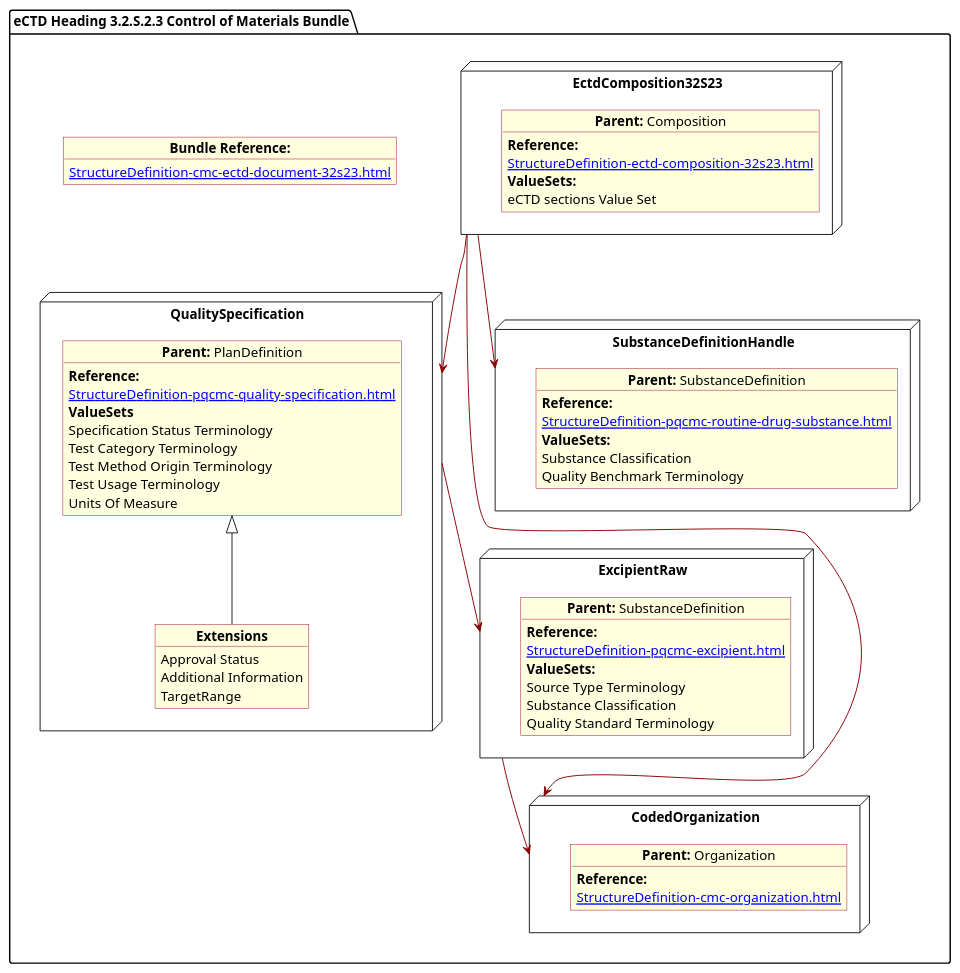
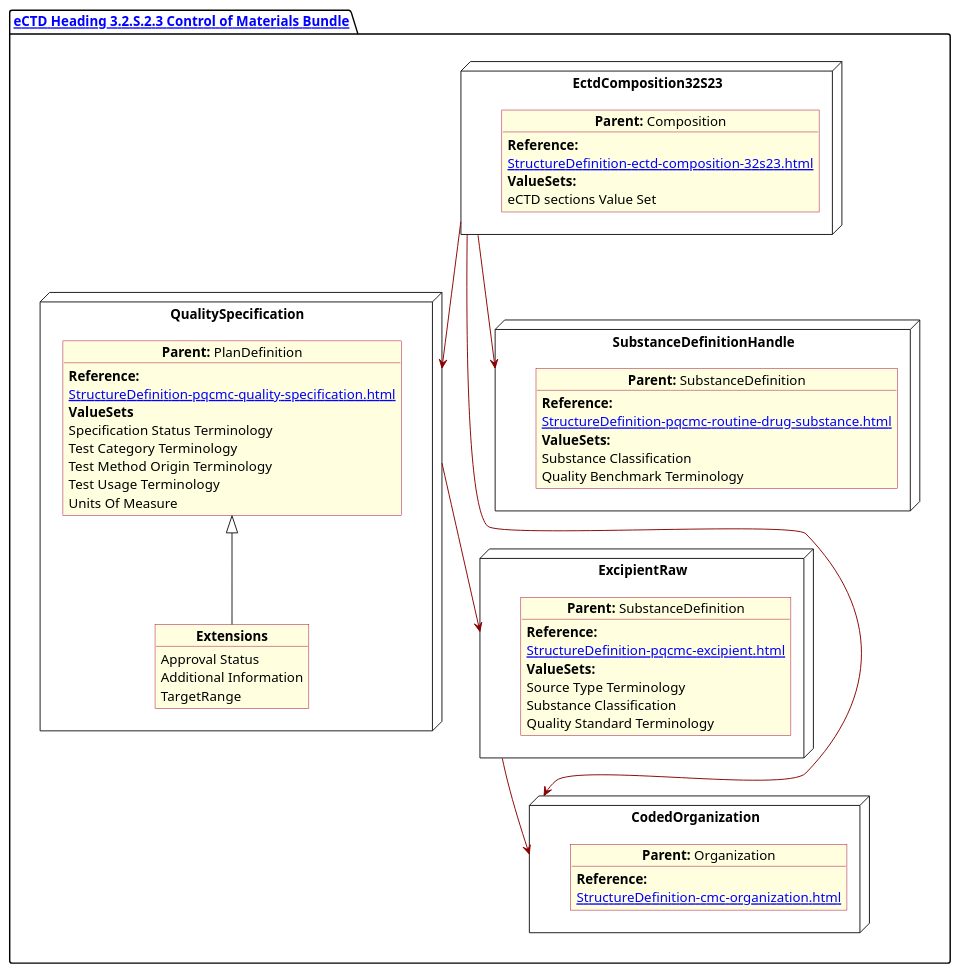
One commit to HL7/FHIR-us-pq-cmc-fda changed the diagram in input/images-source/SubstanceControlMat.plantuml. Above: the diagram before and after it, drawn with PlantUML. The commit also changed 11 other files, not shown here.

Commit message:
plantUML package has hyperlink to bundle

```diff
--- a/input/images-source/SubstanceControlMat.plantuml
+++ b/input/images-source/SubstanceControlMat.plantuml
@@ -1,81 +1,78 @@
 @startuml SubstanceControlMat
 allowmixing
 'Mixed model of use case and object
 skinparam svgDimensionStyle false
 skinparam ObjectBackgroundColor LightYellow
 skinparam ObjectBorderColor #A80036
 skinparam activityDiamondBorderColor #A80036
 skinparam activityDiamondBackgroundColor lawnGreen
 skinparam ClassBorderThickness 4
 
-package "eCTD Heading 3.2.S.2.3 Control of Materials Bundle" as NODES {
-    object "**Bundle Reference:**" as objbun {
-        [[StructureDefinition-cmc-ectd-document-32s23.html]]
-    }
+package "[[StructureDefinition-cmc-ectd-document-32s23.html eCTD Heading 3.2.S.2.3 Control of Materials Bundle]]" as NODES {
 
     node "QualitySpecification" as N2 {
 
         object "**Parent:** PlanDefinition" as obj2 {
             **Reference:**
             [[StructureDefinition-pqcmc-quality-specification.html]]
             **ValueSets**
             Specification Status Terminology
             Test Category Terminology
             Test Method Origin Terminology
             Test Usage Terminology
             Units Of Measure
         }
         object "**Extensions**" as objQSEx {
             Approval Status
             Additional Information
             TargetRange
         }
         obj2 <|-- objQSEx
     }
     node "EctdComposition32S23" as N1 {
 
         object "**Parent:** Composition" as obj1 {
             **Reference:**
             [[StructureDefinition-ectd-composition-32s23.html]]
             **ValueSets:**
             eCTD sections Value Set
         }
     }
 
     node "ExcipientRaw" as N21 {
 
         object "**Parent:** SubstanceDefinition" as obj22 {
             **Reference:**
             [[StructureDefinition-pqcmc-excipient.html]]
             **ValueSets:**
             Source Type Terminology
             Substance Classification
             Quality Standard Terminology
         }
     }
     node "CodedOrganization" as NSO {
 
         object "**Parent:** Organization" as objAu {
             **Reference:**
             [[StructureDefinition-cmc-organization.html]]
         }
     }
 
     node "SubstanceDefinitionHandle" as NN {
 
         object "**Parent:** SubstanceDefinition" as obj3 {
             **Reference:**
             [[StructureDefinition-pqcmc-routine-drug-substance.html]]
             **ValueSets:**
             Substance Classification
             Quality Benchmark Terminology
         }
     }
 
     N1 -[#darkred]--> N2
     N2 -[#darkred]-> N21
     N1 -[#darkred]--> NSO
     N1 -[#darkred]--> NN
     N21 -[#darkred]-> NSO
 }
 @enduml
```
